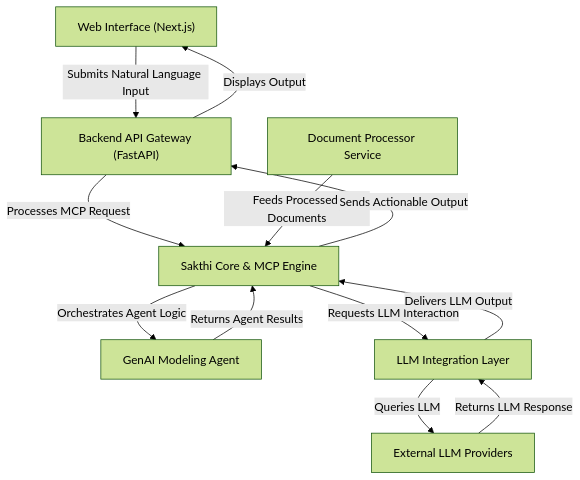
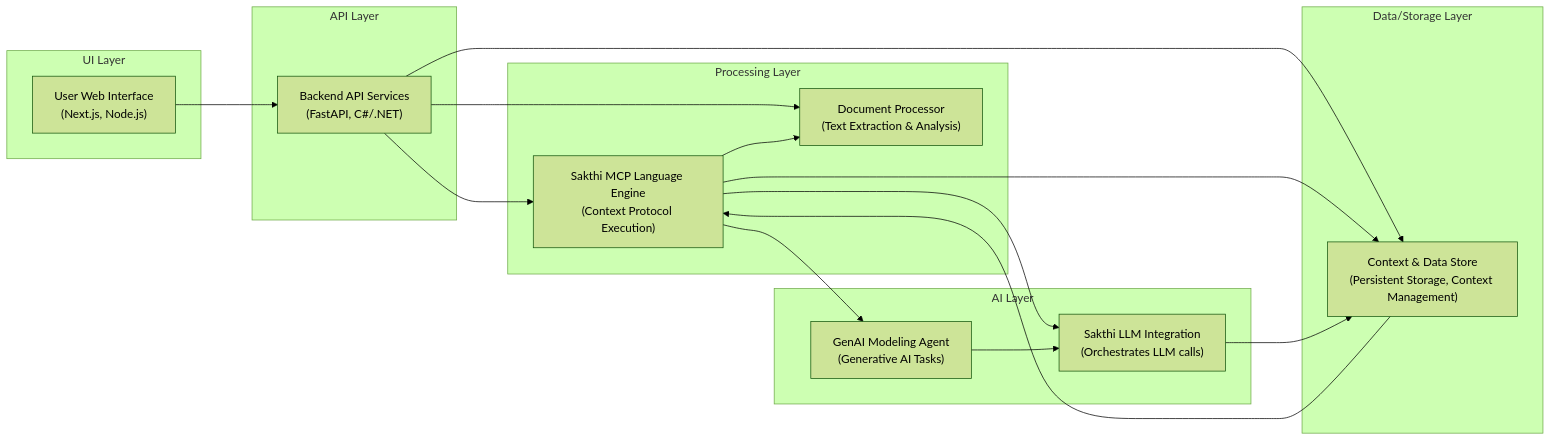
One commit to ramamurthy-540835/sakthi-platform changed the diagram in README.md. Above: the diagram before and after it, drawn with Mermaid (forest theme). The commit also changed other lines of this file, not shown here.

````diff
--- a/README.md
+++ b/README.md
@@ -205,21 +174,39 @@
 ```mermaid
-flowchart TD
-  A["Web Interface (Next.js)"]
-  B["Backend API Gateway (FastAPI)"]
-  C["Sakthi Core & MCP Engine"]
-  D["GenAI Modeling Agent"]
-  E["Document Processor Service"]
-  F["LLM Integration Layer"]
-  G["External LLM Providers"]
-  A -->|"Submits Natural Language Input"| B
-  B -->|"Processes MCP Request"| C
-  E -->|"Feeds Processed Documents"| C
-  C -->|"Orchestrates Agent Logic"| D
-  C -->|"Requests LLM Interaction"| F
-  F -->|"Queries LLM"| G
-  G -->|"Returns LLM Response"| F
-  F -->|"Delivers LLM Output"| C
-  D -->|"Returns Agent Results"| C
-  C -->|"Sends Actionable Output"| B
-  B -->|"Displays Output"| A
+%%{init: {'flowchart': {'nodeSpacing': 50, 'rankSpacing': 70}}}%%
+flowchart LR
+  subgraph UI_Layer ["UI Layer"]
+    A["User Web Interface
+(Next.js, Node.js)"]
+  end
+  subgraph API_Layer ["API Layer"]
+    B["Backend API Services
+(FastAPI, C#/.NET)"]
+  end
+  subgraph Processing_Layer ["Processing Layer"]
+    C["Sakthi MCP Language Engine
+(Context Protocol Execution)"]
+    F["Document Processor
+(Text Extraction & Analysis)"]
+  end
+  subgraph AI_Layer ["AI Layer"]
+    D["Sakthi LLM Integration
+(Orchestrates LLM calls)"]
+    E["GenAI Modeling Agent
+(Generative AI Tasks)"]
+  end
+  subgraph Data_Storage_Layer ["Data/Storage Layer"]
+    G["Context & Data Store
+(Persistent Storage, Context Management)"]
+  end
+  A --> B
+  B --> C
+  B --> F
+  B --> G
+  C --> D
+  C --> E
+  C --> F
+  C --> G
+  G --> C
+  E --> D
+  D --> G
 ```
````
